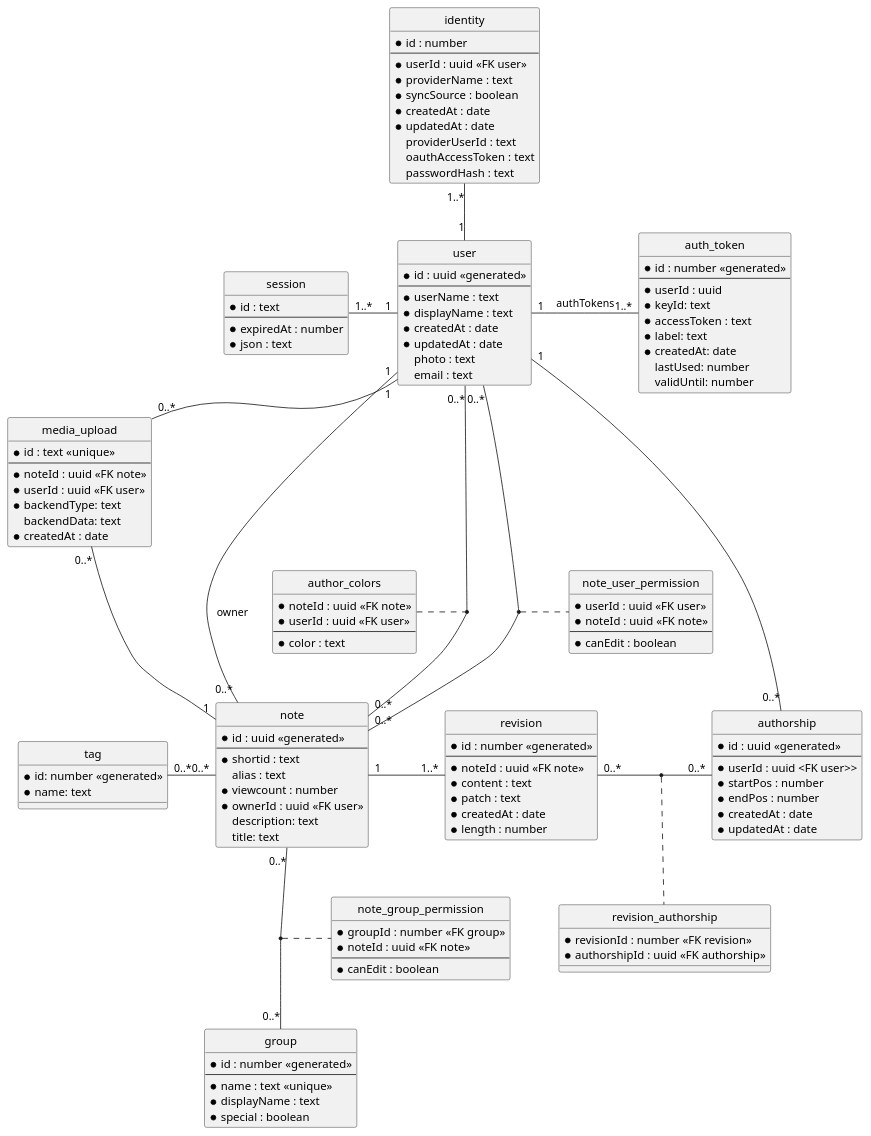
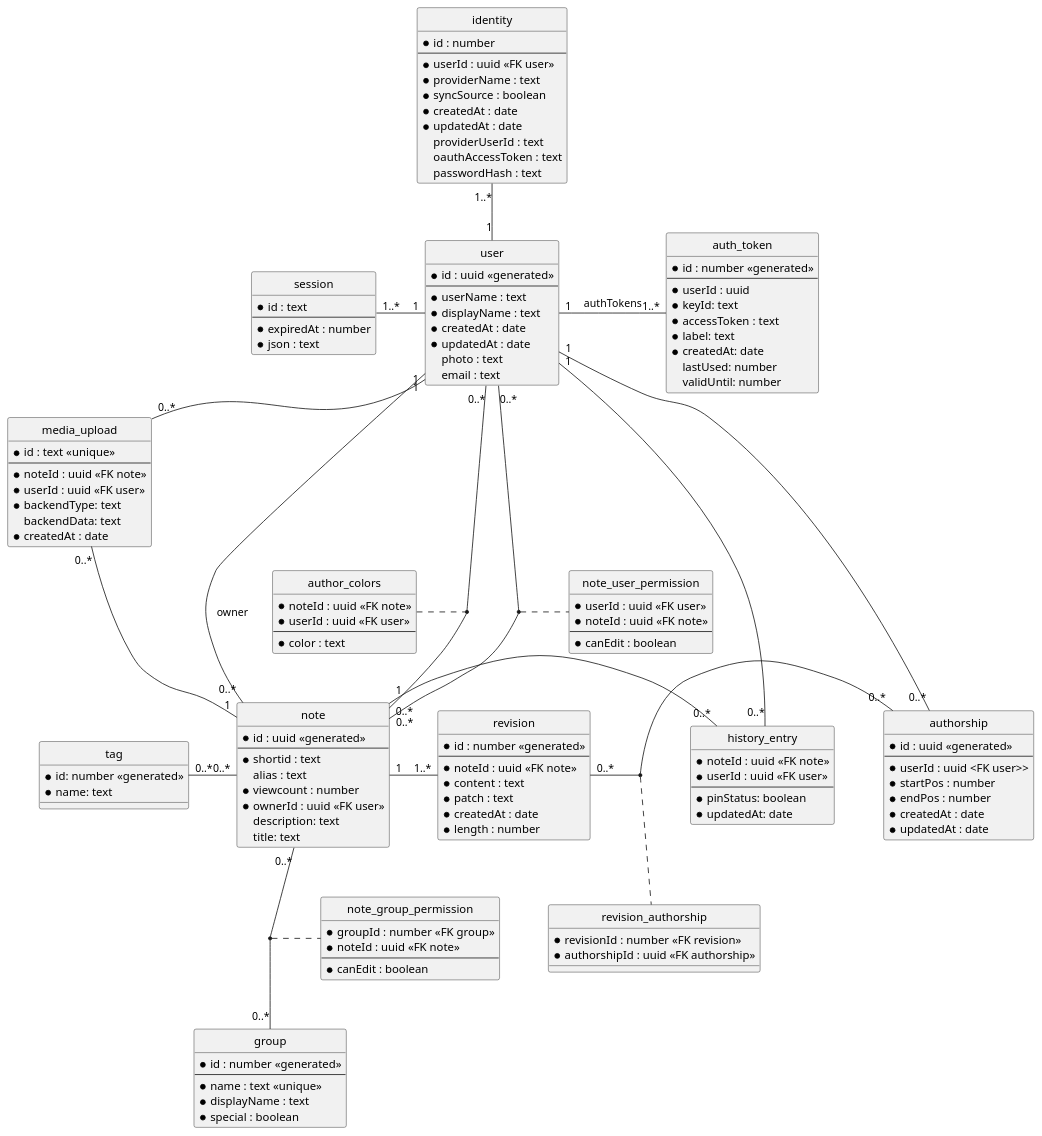
One commit to hedgedoc/hedgedoc changed the diagram in docs/content/dev/db-schema.plantuml. Above: the diagram before and after it, drawn with PlantUML. The commit also changed 6 other files, not shown here.

First line of the commit message:
History: Add HistoryEntry

```diff
--- a/docs/content/dev/db-schema.plantuml
+++ b/docs/content/dev/db-schema.plantuml
@@ -1,159 +1,169 @@
 @startuml
 hide circle
 skinparam nodesep 60
 
 entity "note" {
   *id : uuid <<generated>>
   --
   *shortid : text
   alias : text
   *viewcount : number
   *ownerId : uuid <<FK user>>
   description: text
   title: text
 }
 
 entity "user" {
   *id : uuid <<generated>>
   --
   *userName : text
   *displayName : text
   *createdAt : date
   *updatedAt : date
   photo : text
   email : text
 }
 
 entity "auth_token"{
   *id : number <<generated>>
   --
   *userId : uuid
   *keyId: text
   *accessToken : text
   *label: text
   *createdAt: date
   lastUsed: number
   validUntil: number
 }
 
 entity "identity" {
   *id : number
   --
   *userId : uuid <<FK user>>
   ' Identifies the external login provider and is set in the config
   *providerName : text
   *syncSource : boolean
   *createdAt : date
   *updatedAt : date
   ' The unique identifier of a user from the login provider
   providerUserId : text
   ' Token used to access the OAuth provider in the users name. Can be NULL
   oauthAccessToken : text
   ' Password hash. Can be NULL
   passwordHash : text
 }
 
 entity "session" {
   *id : text
   --
   *expiredAt : number
   *json : text
 }
 
 
 entity "revision" {
   *id : number <<generated>>
   --
   *noteId : uuid <<FK note>>
   *content : text
   *patch : text
   *createdAt : date
   *length : number
 }
 
 entity "authorship" {
   *id : uuid <<generated>>
   --
   *userId : uuid <FK user>>
   *startPos : number
   *endPos : number
   *createdAt : date
   *updatedAt : date
 }
 
 entity "revision_authorship" {
   *revisionId : number <<FK revision>>
   *authorshipId : uuid <<FK authorship>>
 }
 
 entity "author_colors" {
   *noteId : uuid <<FK note>>
   *userId : uuid <<FK user>>
   --
   *color : text
 }
 
 
 entity "note_user_permission" {
   *userId : uuid <<FK user>>
   *noteId : uuid <<FK note>>
   --
   *canEdit : boolean
 }
 
 entity "group" {
   *id : number <<generated>>
   --
   *name : text <<unique>>
   *displayName : text
   ' Is set to denote a special group
   ' Special groups are used to map the old share settings like "everyone can edit"
   ' or "logged in users can view" to the group permission system
   *special : boolean
   }
 
 entity "note_group_permission" {
   *groupId : number <<FK group>>
   *noteId : uuid <<FK note>>
   --
   *canEdit : boolean
 }
 
 entity "tag" {
   *id: number <<generated>>
   *name: text
 }
 
 entity "media_upload" {
   *id : text <<unique>>
   --
   *noteId : uuid <<FK note>>
   *userId : uuid <<FK user>>
   *backendType: text
   backendData: text
   *createdAt : date
 }
 
+entity "history_entry" {
+  *noteId : uuid <<FK note>>
+  *userId : uuid <<FK user>>
+  --
+  *pinStatus: boolean
+  *updatedAt: date
+}
+
 user "1" -- "0..*" note: owner
 user "1" -u- "1..*" identity
 user "1" - "1..*" auth_token: authTokens
 user "1" -l- "1..*" session
 user "1" - "0..*" media_upload
+user "1" - "0..*" history_entry
 user "0..*" -- "0..*" note
 user "1" - "0..*" authorship
 
 (user, note) . author_colors
 
 revision "0..*" - "0..*" authorship
 (revision, authorship) .. revision_authorship
 
 media_upload "0..*"  -- "1" note
 note "1" - "1..*" revision
+note "1" - "0..*" history_entry
 note "0..*" -l- "0..*" tag
 note "0..*" -- "0..*" group
 
 user "0..*" -- "0..*" note
 (user, note) . note_user_permission
 (note, group) . note_group_permission
 
 @enduml
```
